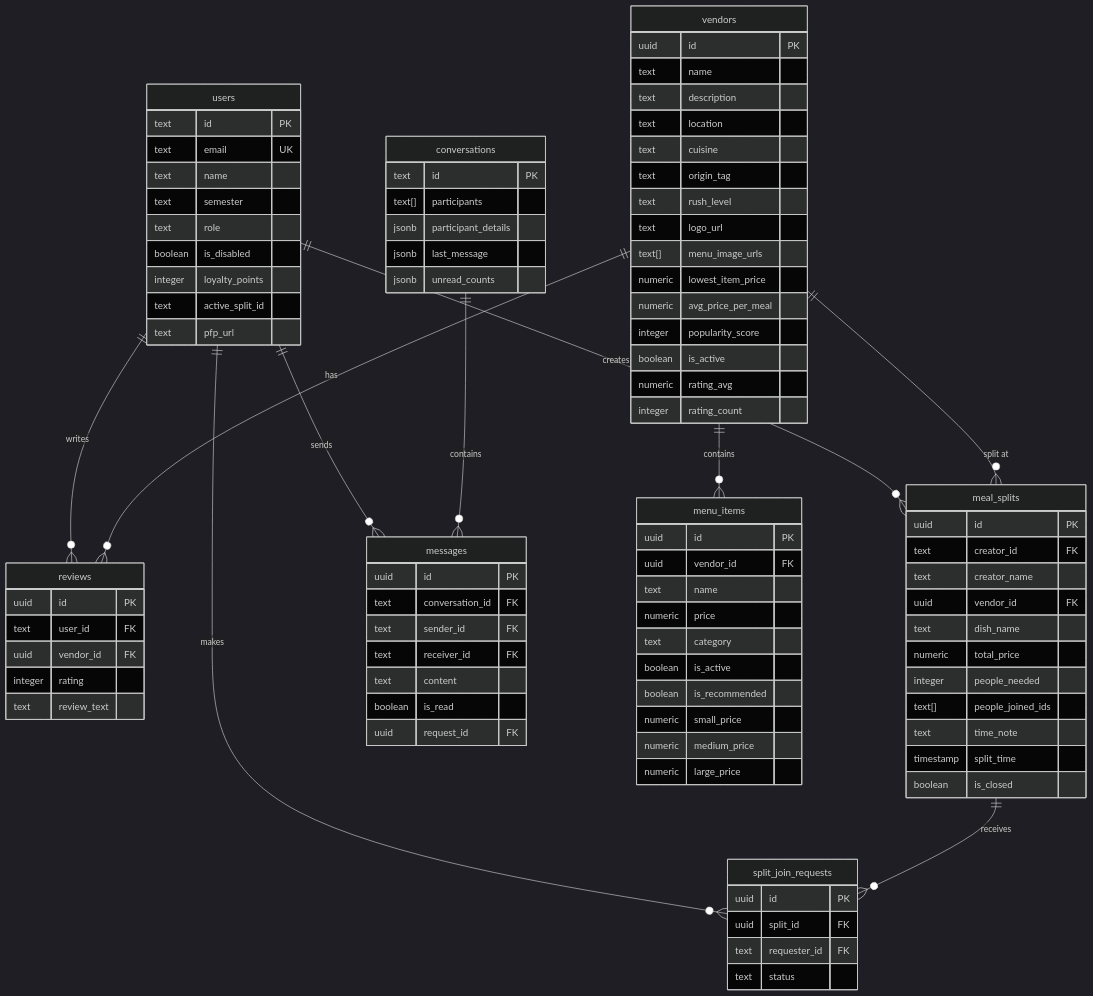
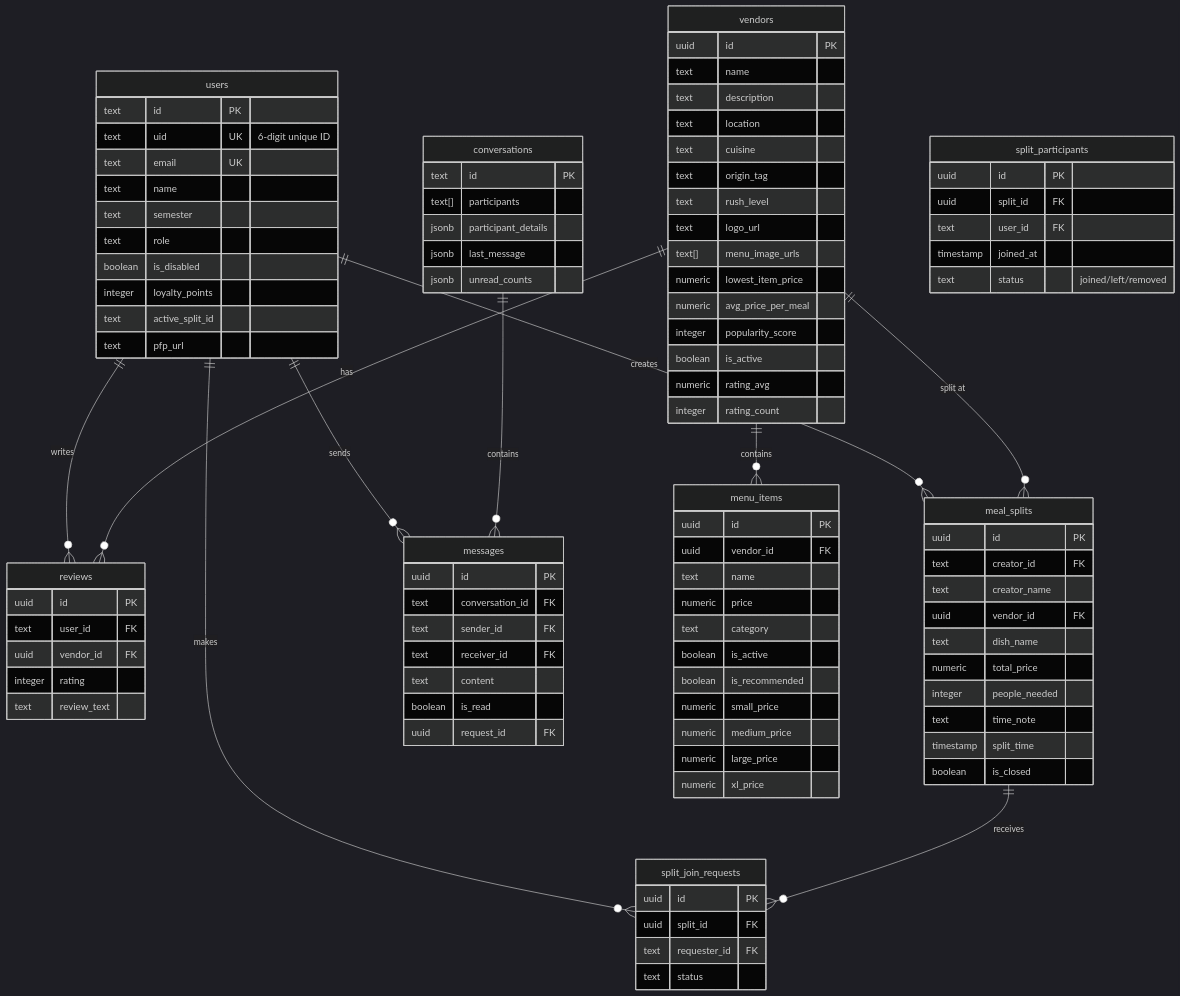
The first of 5 diagrams in README.md (justkalesh/foodhunt101), drawn with Mermaid (dark theme) before and after one commit. The commit also changed other lines of this file, not shown here.

```diff
--- a/README.md
+++ b/README.md
@@ -79,6 +100,7 @@
 
     users {
         text id PK
+        text uid UK "6-digit unique ID"
         text email UK
         text name
         text semester
@@ -116,6 +138,7 @@
         numeric small_price
         numeric medium_price
         numeric large_price
+        numeric xl_price
     }
     reviews {
         uuid id PK
@@ -132,10 +155,16 @@
         text dish_name
         numeric total_price
         integer people_needed
-        text[] people_joined_ids
         text time_note
         timestamp split_time
         boolean is_closed
+    }
+    split_participants {
+        uuid id PK
+        uuid split_id FK
+        text user_id FK
+        timestamp joined_at
+        text status "joined/left/removed"
     }
     conversations {
         text id PK
```
